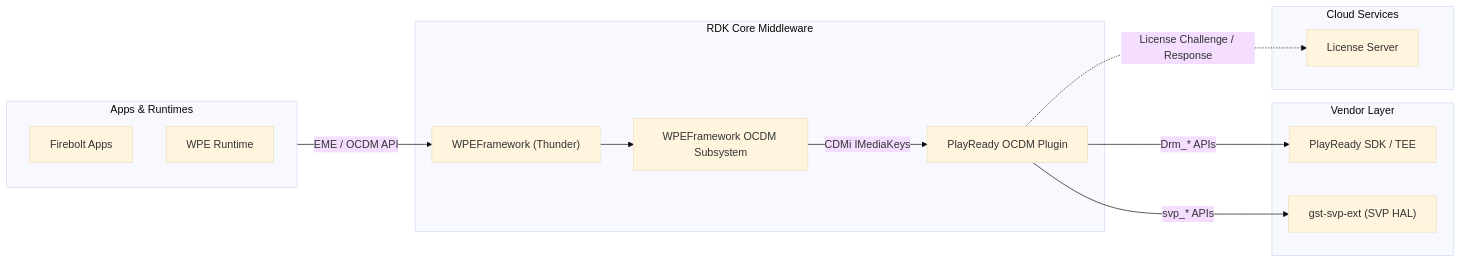
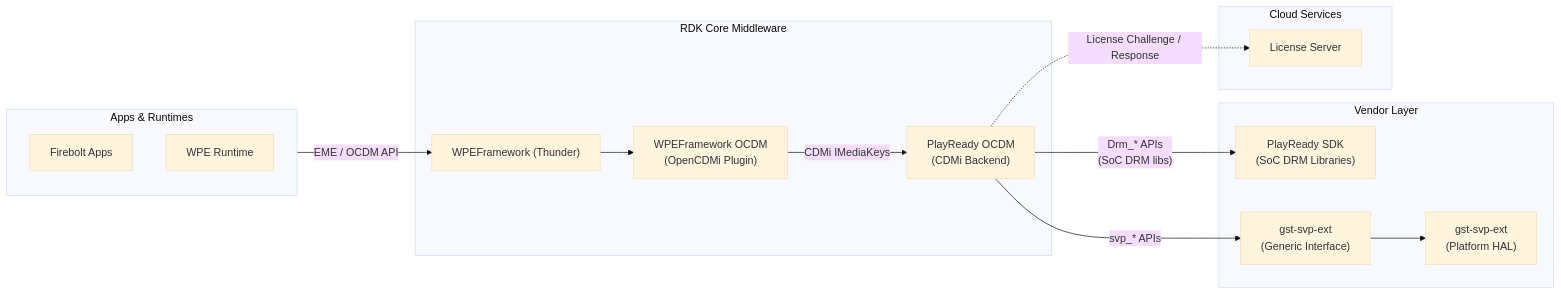
Before and after one commit to rns21/RDK_Documentation: the first of 8 diagrams in docs/docu/RDKV-Documentations/playready-ocdm.md, drawn with Mermaid (base theme). The commit also changed other lines of this file, not shown here.

First line of the commit message:
Revise PlayReady OCDM documentation

````diff
--- a/docs/docu/RDKV-Documentations/playready-ocdm.md
+++ b/docs/docu/RDKV-Documentations/playready-ocdm.md
@@ -11,33 +11,35 @@
 ```mermaid
 flowchart LR
 
 %% Apps Layer
     subgraph Apps["Apps & Runtimes"]
-        FBApps["Firebolt Apps"]
-        WPE_RT["WPE Runtime"]
+        FireboltApps["Firebolt Apps"]
+        WPERuntime["WPE Runtime"]
     end
 
 %% Middleware
     subgraph RDKMW["RDK Core Middleware"]
-        OCDM["WPEFramework OCDM Subsystem"]
-        PR["PlayReady OCDM Plugin"]
+        OCDM["WPEFramework OCDM\n(OpenCDMi Plugin)"]
+        PR["PlayReady OCDM\n(CDMi Backend)"]
         Thunder["WPEFramework (Thunder)"]
     end
 
 %% Vendor Layer
     subgraph VL["Vendor Layer"]
-        PRSDK["PlayReady SDK / TEE"]
-        SVP["gst-svp-ext (SVP HAL)"]
+        PlayReadySDK["PlayReady SDK\n(SoC DRM Libraries)"]
+        SvpGeneric["gst-svp-ext\n(Generic Interface)"]
+        SvpHAL["gst-svp-ext\n(Platform HAL)"]
+        SvpGeneric --> SvpHAL
     end
 
     subgraph Cloud["Cloud Services"]
-        LicServer["License Server"]
+        LicenseServer["License Server"]
     end
 
     Apps -->|"EME / OCDM API"| Thunder
     Thunder --> OCDM
     OCDM -->|"CDMi IMediaKeys"| PR
-    PR -->|"Drm_* APIs"| PRSDK
-    PR -->|"svp_* APIs"| SVP
-    PR -.->|"License Challenge / Response"| LicServer
+    PR -->|"Drm_* APIs\n(SoC DRM libs)"| PlayReadySDK
+    PR -->|"svp_* APIs"| SvpGeneric
+    PR -.->|"License Challenge / Response"| LicenseServer
 ```
````
